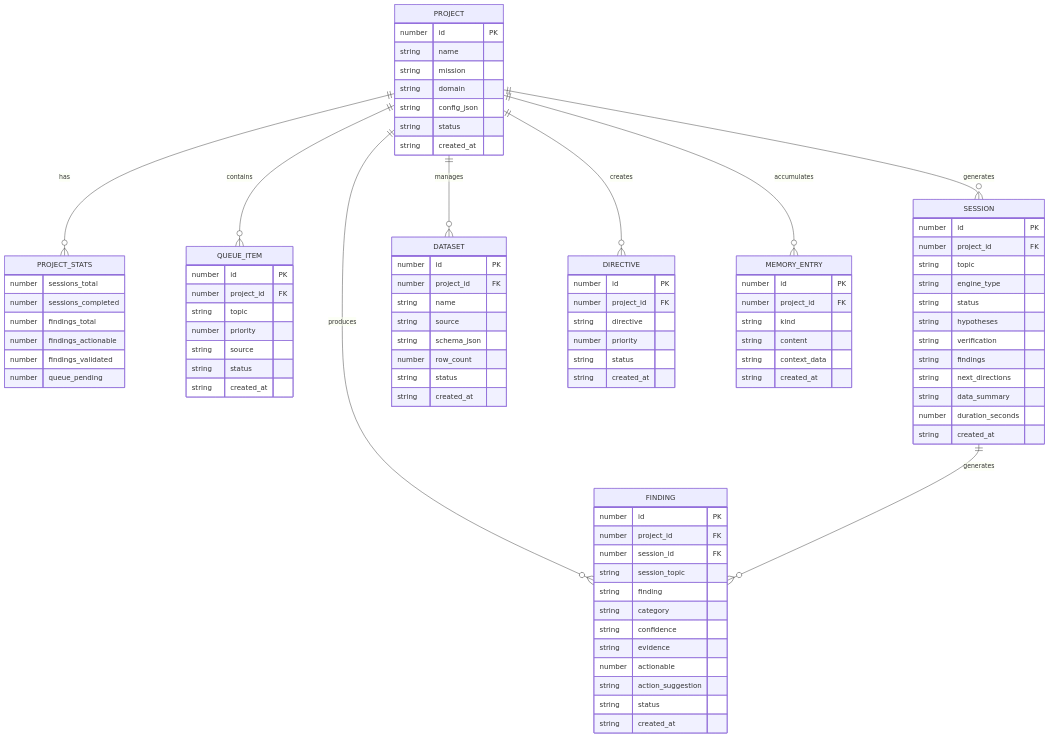
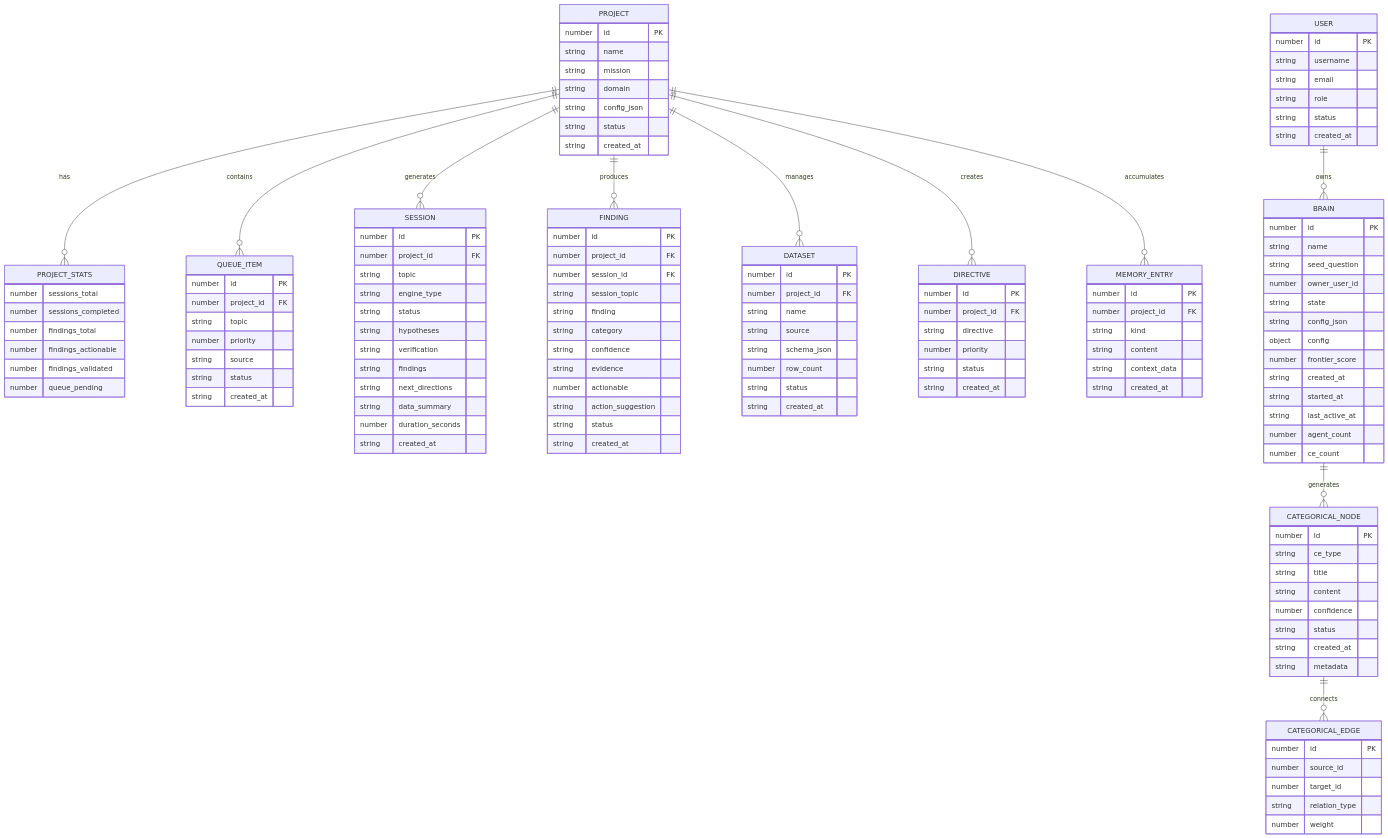
Diagram 20 of 22 in .qoder/repowiki/zh/content/前端应用/前端应用.md (GDY-ai/ainstein), drawn with Mermaid before and after one commit. The commit also changed other lines of this file and 61 other files, not shown here.

````diff
--- a/.qoder/repowiki/zh/content/前端应用/前端应用.md
+++ b/.qoder/repowiki/zh/content/前端应用/前端应用.md
@@ -499,6 +750,46 @@
 string context_data
 string created_at
 }
+USER {
+number id PK
+string username
+string email
+string role
+string status
+string created_at
+}
+BRAIN {
+number id PK
+string name
+string seed_question
+number owner_user_id
+string state
+string config_json
+object config
+number frontier_score
+string created_at
+string started_at
+string last_active_at
+number agent_count
+number ce_count
+}
+CATEGORICAL_NODE {
+number id PK
+string ce_type
+string title
+string content
+number confidence
+string status
+string created_at
+string metadata
+}
+CATEGORICAL_EDGE {
+number id PK
+number source_id
+number target_id
+string relation_type
+number weight
+}
 PROJECT ||--o{ PROJECT_STATS : "has"
 PROJECT ||--o{ QUEUE_ITEM : "contains"
 PROJECT ||--o{ SESSION : "generates"
@@ -506,5 +797,7 @@
 PROJECT ||--o{ DATASET : "manages"
 PROJECT ||--o{ DIRECTIVE : "creates"
 PROJECT ||--o{ MEMORY_ENTRY : "accumulates"
-SESSION ||--o{ FINDING : "generates"
+USER ||--o{ BRAIN : "owns"
+BRAIN ||--o{ CATEGORICAL_NODE : "generates"
+CATEGORICAL_NODE ||--o{ CATEGORICAL_EDGE : "connects"
 ```
````
